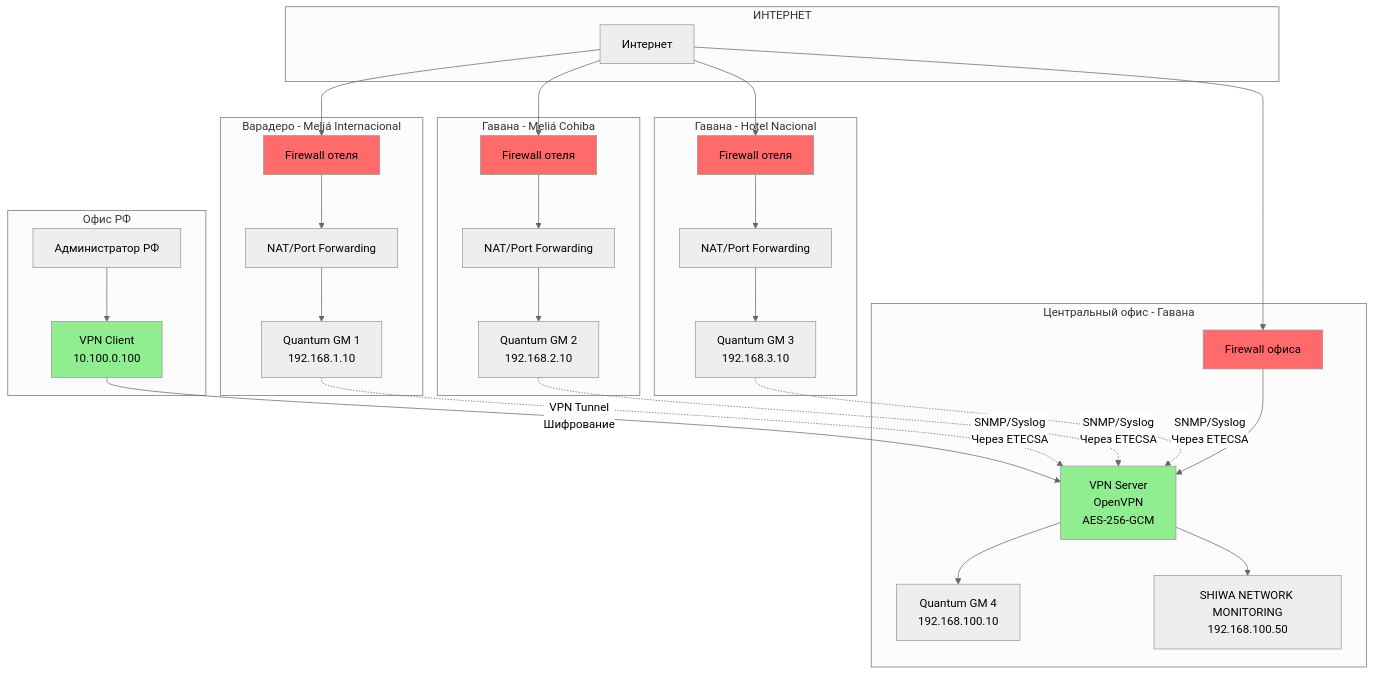
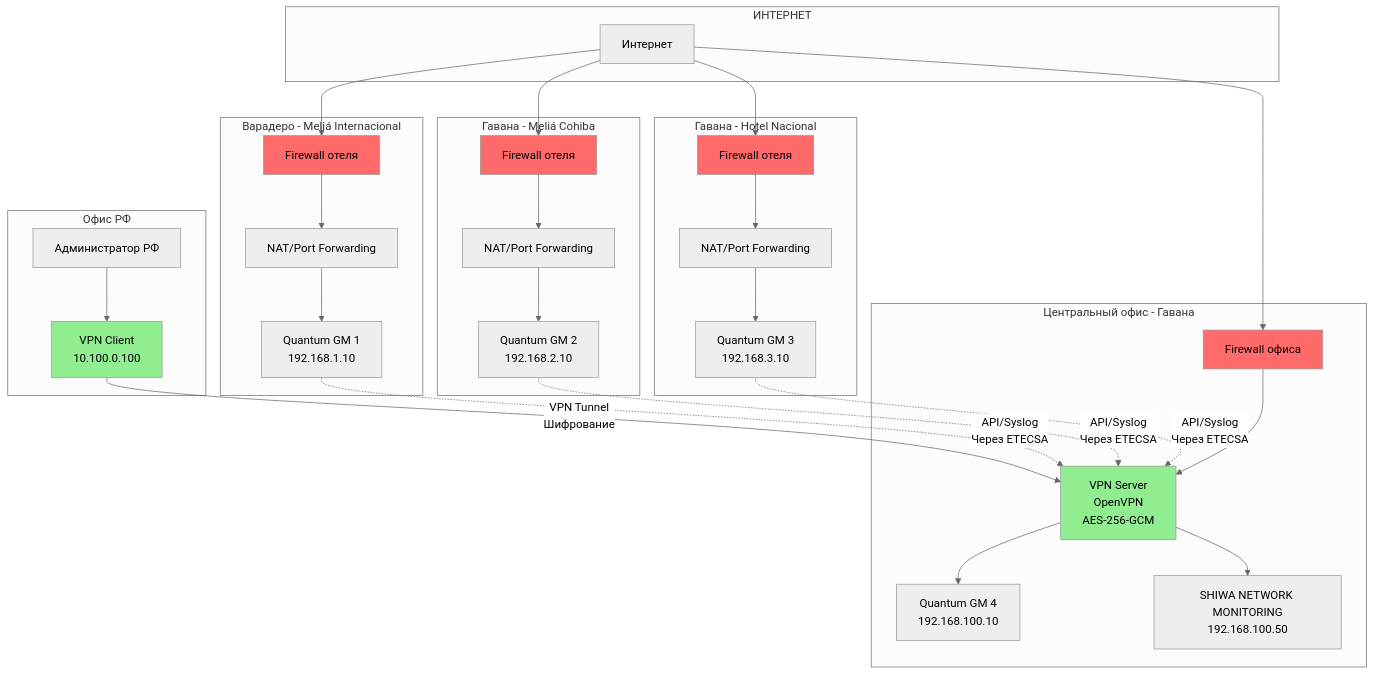
Before and after one commit to SiwaNetwork/BIZNES_HOTEL: the sixth of 6 diagrams in network_diagrams.md, drawn with Mermaid (neutral theme). The commit also changed other lines of this file and 3 other files, not shown here.

````diff
--- a/network_diagrams.md
+++ b/network_diagrams.md
@@ -520,67 +521,67 @@
 ```mermaid
 graph TB
     subgraph "ИНТЕРНЕТ"
         INTERNET[Интернет]
     end
     
     subgraph "Варадеро - Meliá Internacional"
         FW1[Firewall отеля]
         NAT1[NAT/Port Forwarding]
         GM1[Quantum GM 1<br/>192.168.1.10]
         
         INTERNET --> FW1
         FW1 --> NAT1
         NAT1 --> GM1
     end
     
     subgraph "Гавана - Meliá Cohiba"
         FW2[Firewall отеля]
         NAT2[NAT/Port Forwarding]
         GM2[Quantum GM 2<br/>192.168.2.10]
         
         INTERNET --> FW2
         FW2 --> NAT2
         NAT2 --> GM2
     end
     
     subgraph "Гавана - Hotel Nacional"
         FW3[Firewall отеля]
         NAT3[NAT/Port Forwarding]
         GM3[Quantum GM 3<br/>192.168.3.10]
         
         INTERNET --> FW3
         FW3 --> NAT3
         NAT3 --> GM3
     end
     
     subgraph "Центральный офис - Гавана"
         FW4[Firewall офиса]
         VPN_SERVER[VPN Server<br/>OpenVPN<br/>AES-256-GCM]
         GM4[Quantum GM 4<br/>192.168.100.10]
         MON[SHIWA NETWORK MONITORING<br/>192.168.100.50]
         
         INTERNET --> FW4
         FW4 --> VPN_SERVER
         VPN_SERVER --> GM4
         VPN_SERVER --> MON
     end
     
     subgraph "Офис РФ"
         VPN_CLIENT[VPN Client<br/>10.100.0.100]
         RF_ADMIN[Администратор РФ]
         
         RF_ADMIN --> VPN_CLIENT
         VPN_CLIENT -->|VPN Tunnel<br/>Шифрование| VPN_SERVER
     end
     
-    GM1 -.->|SNMP/Syslog<br/>Через ETECSA| VPN_SERVER
-    GM2 -.->|SNMP/Syslog<br/>Через ETECSA| VPN_SERVER
-    GM3 -.->|SNMP/Syslog<br/>Через ETECSA| VPN_SERVER
+    GM1 -.->|API/Syslog<br/>Через ETECSA| VPN_SERVER
+    GM2 -.->|API/Syslog<br/>Через ETECSA| VPN_SERVER
+    GM3 -.->|API/Syslog<br/>Через ETECSA| VPN_SERVER
 
     style FW1 fill:#FF6B6B
     style FW2 fill:#FF6B6B
     style FW3 fill:#FF6B6B
     style FW4 fill:#FF6B6B
     style VPN_SERVER fill:#90EE90
     style VPN_CLIENT fill:#90EE90
 ```
````
